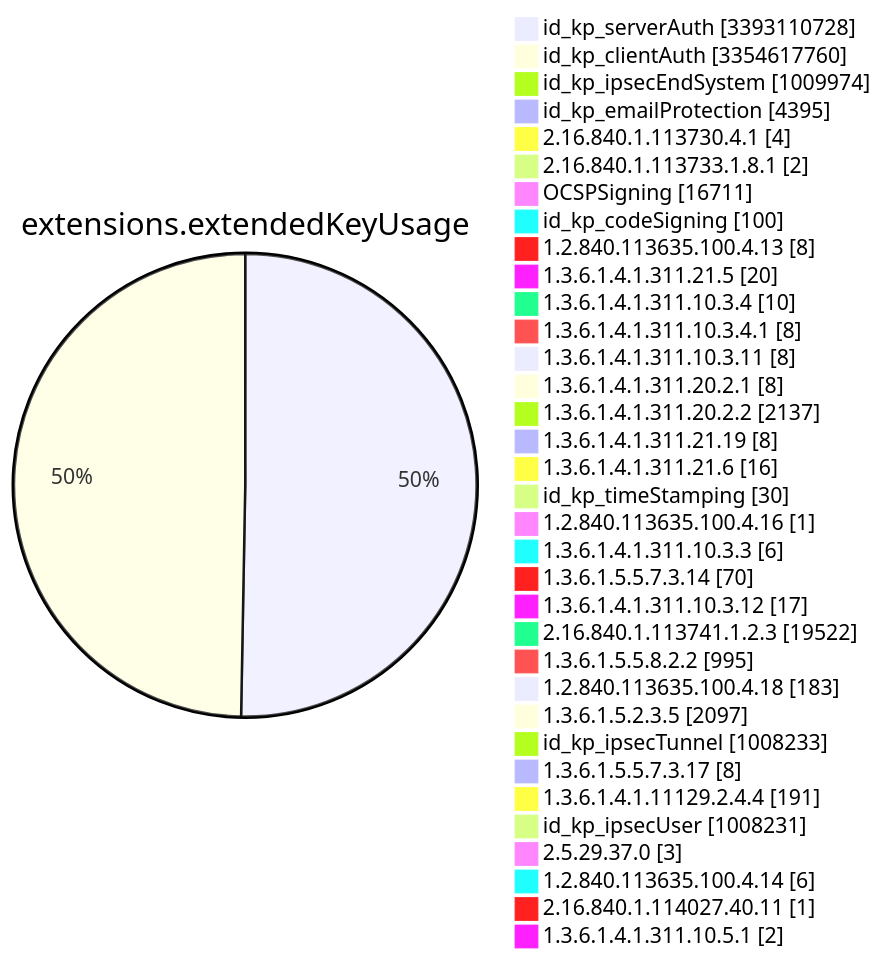
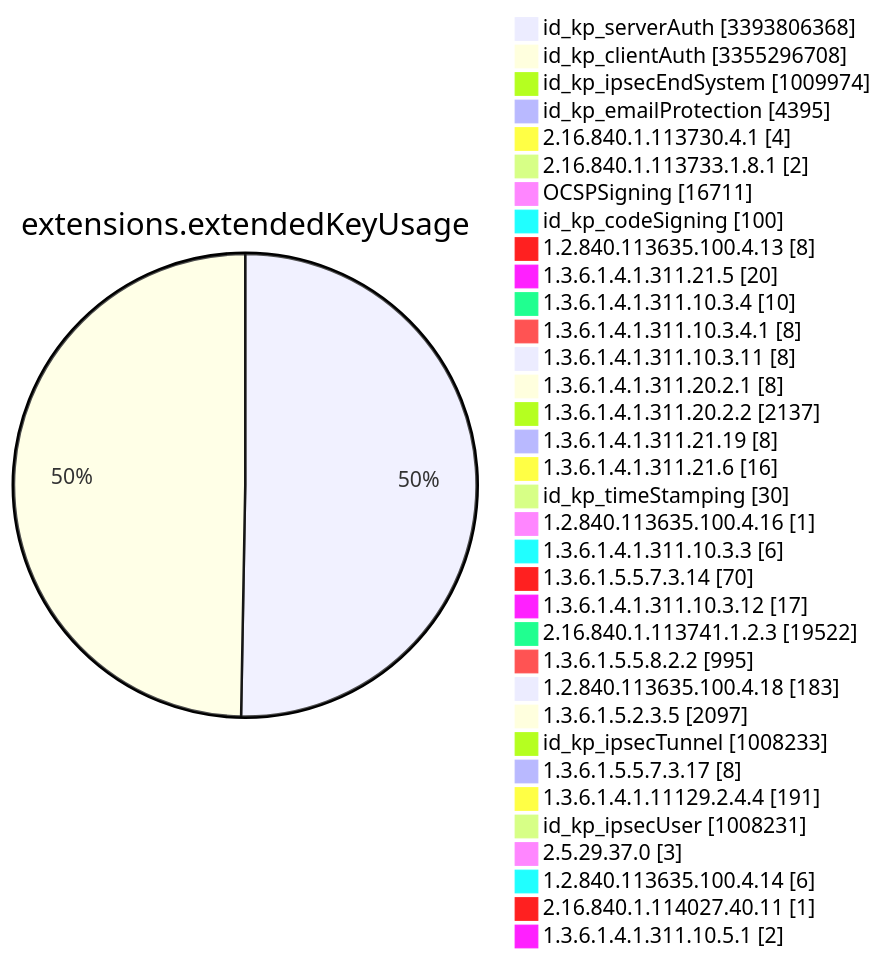
Diagram 11 of 15 in TOTAL/README.md (christiankrug/ctmonitor_visualization), drawn with Mermaid before and after one commit. The commit also changed other lines of this file, not shown here.

````diff
--- a/TOTAL/README.md
+++ b/TOTAL/README.md
@@ -4121,38 +4121,38 @@
 ```mermaid
 pie showData
 title extensions.extendedKeyUsage
-"id_kp_serverAuth" :3393110728
-"id_kp_clientAuth" :3354617760
+"id_kp_serverAuth" :3393806368
+"id_kp_clientAuth" :3355296708
 "id_kp_ipsecEndSystem" :1009974
 "id_kp_emailProtection" :4395
 "2.16.840.1.113730.4.1" :4
 "2.16.840.1.113733.1.8.1" :2
 "OCSPSigning" :16711
 "id_kp_codeSigning" :100
 "1.2.840.113635.100.4.13" :8
 "1.3.6.1.4.1.311.21.5" :20
 "1.3.6.1.4.1.311.10.3.4" :10
 "1.3.6.1.4.1.311.10.3.4.1" :8
 "1.3.6.1.4.1.311.10.3.11" :8
 "1.3.6.1.4.1.311.20.2.1" :8
 "1.3.6.1.4.1.311.20.2.2" :2137
 "1.3.6.1.4.1.311.21.19" :8
 "1.3.6.1.4.1.311.21.6" :16
 "id_kp_timeStamping" :30
 "1.2.840.113635.100.4.16" :1
 "1.3.6.1.4.1.311.10.3.3" :6
 "1.3.6.1.5.5.7.3.14" :70
 "1.3.6.1.4.1.311.10.3.12" :17
 "2.16.840.1.113741.1.2.3" :19522
 "1.3.6.1.5.5.8.2.2" :995
 "1.2.840.113635.100.4.18" :183
 "1.3.6.1.5.2.3.5" :2097
 "id_kp_ipsecTunnel" :1008233
 "1.3.6.1.5.5.7.3.17" :8
 "1.3.6.1.4.1.11129.2.4.4" :191
 "id_kp_ipsecUser" :1008231
 "2.5.29.37.0" :3
 "1.2.840.113635.100.4.14" :6
 "2.16.840.1.114027.40.11" :1
 "1.3.6.1.4.1.311.10.5.1" :2
 ```
````
